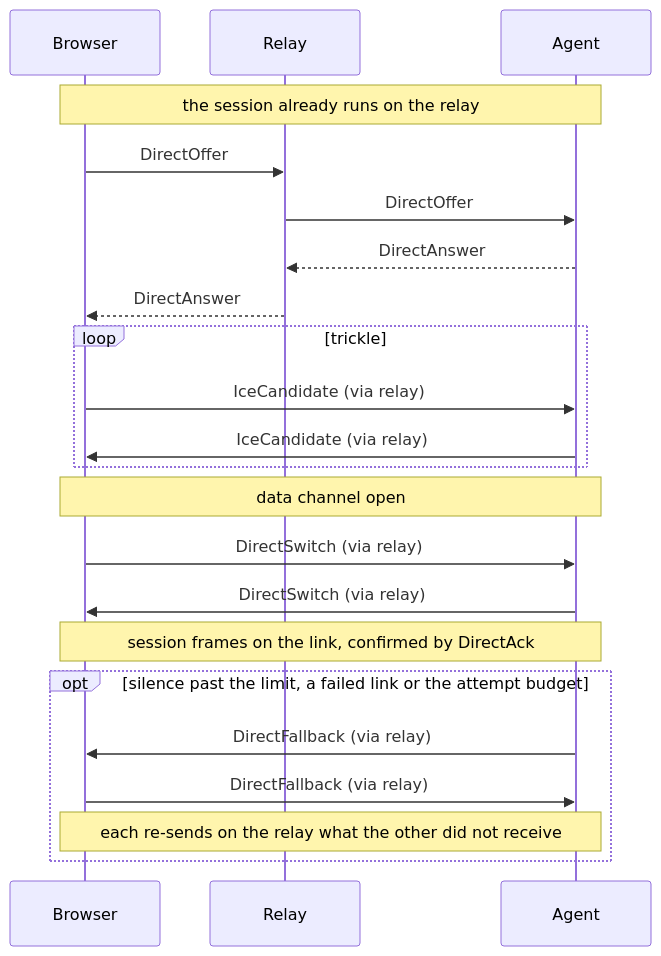
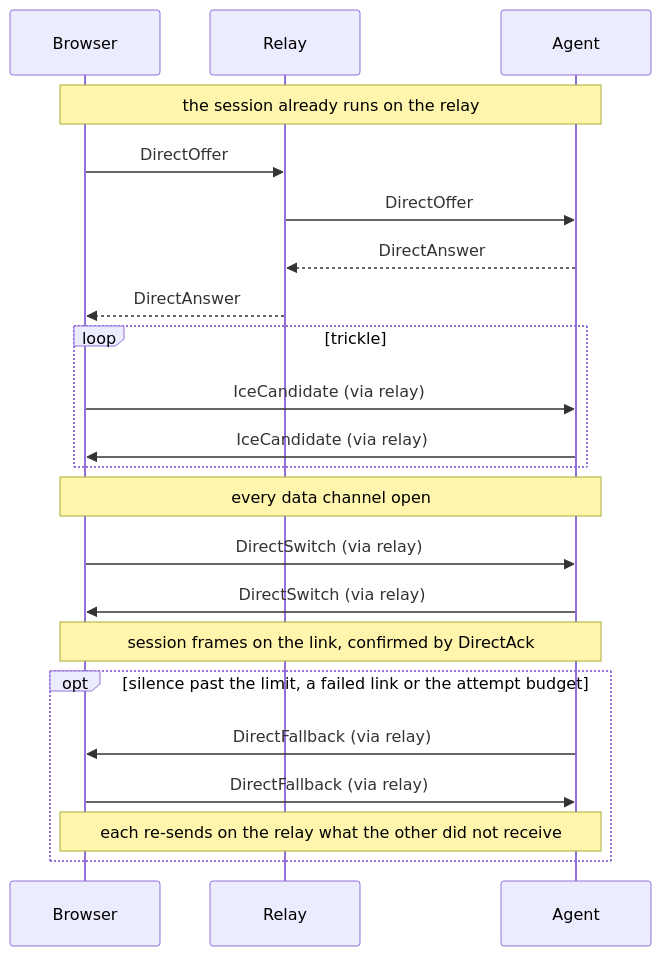
Before and after one commit to volchanskyi/opengate: the sixth of 6 diagrams in docs/architecture/System-Architecture.md, drawn with Mermaid. The commit also changed other lines of this file and 148 other files, not shown here.

````diff
--- a/docs/architecture/System-Architecture.md
+++ b/docs/architecture/System-Architecture.md
@@ -336,25 +337,25 @@
 ```mermaid
 sequenceDiagram
   participant Browser
   participant Relay
   participant Agent
 
   Note over Browser,Agent: the session already runs on the relay
   Browser->>Relay: DirectOffer
   Relay->>Agent: DirectOffer
   Agent-->>Relay: DirectAnswer
   Relay-->>Browser: DirectAnswer
   loop trickle
     Browser->>Agent: IceCandidate (via relay)
     Agent->>Browser: IceCandidate (via relay)
   end
-  Note over Browser,Agent: data channel open
+  Note over Browser,Agent: every data channel open
   Browser->>Agent: DirectSwitch (via relay)
   Agent->>Browser: DirectSwitch (via relay)
   Note over Browser,Agent: session frames on the link, confirmed by DirectAck
   opt silence past the limit, a failed link or the attempt budget
     Agent->>Browser: DirectFallback (via relay)
     Browser->>Agent: DirectFallback (via relay)
     Note over Browser,Agent: each re-sends on the relay what the other did not receive
   end
 ```
````
